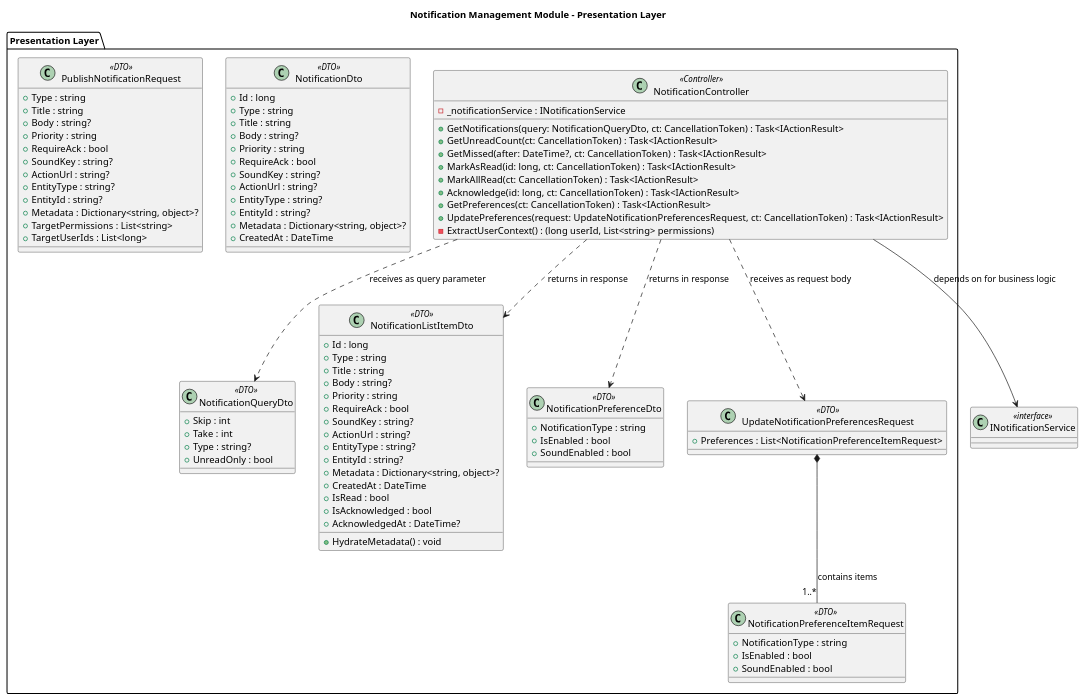
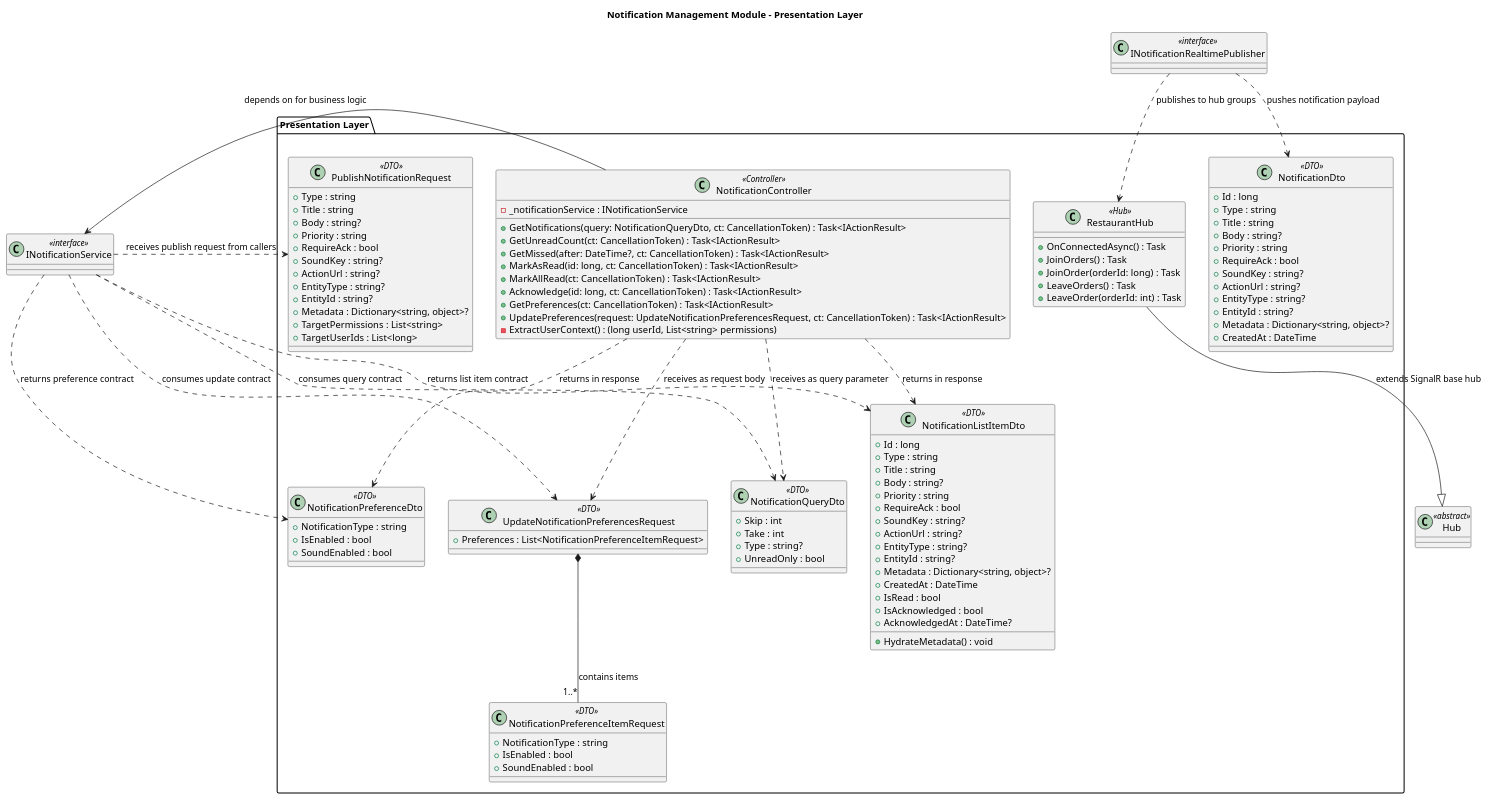
One commit to aulacvietnameseeatery-source/aulac_be changed the diagram in Docs/Software Design Specification/Notification Management/class-diagram-presentation-layer.puml. Above: the diagram before and after it, drawn with PlantUML. The commit also changed 9 other files, not shown here.

```diff
--- a/Docs/Software Design Specification/Notification Management/class-diagram-presentation-layer.puml
+++ b/Docs/Software Design Specification/Notification Management/class-diagram-presentation-layer.puml
@@ -1,102 +1,120 @@
 @startuml
 title Notification Management Module - Presentation Layer
 
 package "Presentation Layer" {
 
     class NotificationController <<Controller>> {
         -_notificationService : INotificationService
         +GetNotifications(query: NotificationQueryDto, ct: CancellationToken) : Task<IActionResult>
         +GetUnreadCount(ct: CancellationToken) : Task<IActionResult>
         +GetMissed(after: DateTime?, ct: CancellationToken) : Task<IActionResult>
         +MarkAsRead(id: long, ct: CancellationToken) : Task<IActionResult>
         +MarkAllRead(ct: CancellationToken) : Task<IActionResult>
         +Acknowledge(id: long, ct: CancellationToken) : Task<IActionResult>
         +GetPreferences(ct: CancellationToken) : Task<IActionResult>
         +UpdatePreferences(request: UpdateNotificationPreferencesRequest, ct: CancellationToken) : Task<IActionResult>
         -ExtractUserContext() : (long userId, List<string> permissions)
+    }
+
+    class RestaurantHub <<Hub>> {
+        +OnConnectedAsync() : Task
+        +JoinOrders() : Task
+        +JoinOrder(orderId: long) : Task
+        +LeaveOrders() : Task
+        +LeaveOrder(orderId: int) : Task
     }
 
     class NotificationQueryDto <<DTO>> {
         +Skip : int
         +Take : int
         +Type : string?
         +UnreadOnly : bool
     }
 
     class NotificationListItemDto <<DTO>> {
         +Id : long
         +Type : string
         +Title : string
         +Body : string?
         +Priority : string
         +RequireAck : bool
         +SoundKey : string?
         +ActionUrl : string?
         +EntityType : string?
         +EntityId : string?
         +Metadata : Dictionary<string, object>?
         +CreatedAt : DateTime
         +IsRead : bool
         +IsAcknowledged : bool
         +AcknowledgedAt : DateTime?
         +HydrateMetadata() : void
     }
 
     class NotificationDto <<DTO>> {
         +Id : long
         +Type : string
         +Title : string
         +Body : string?
         +Priority : string
         +RequireAck : bool
         +SoundKey : string?
         +ActionUrl : string?
         +EntityType : string?
         +EntityId : string?
         +Metadata : Dictionary<string, object>?
         +CreatedAt : DateTime
     }
 
     class PublishNotificationRequest <<DTO>> {
         +Type : string
         +Title : string
         +Body : string?
         +Priority : string
         +RequireAck : bool
         +SoundKey : string?
         +ActionUrl : string?
         +EntityType : string?
         +EntityId : string?
         +Metadata : Dictionary<string, object>?
         +TargetPermissions : List<string>
         +TargetUserIds : List<long>
     }
 
     class NotificationPreferenceDto <<DTO>> {
         +NotificationType : string
         +IsEnabled : bool
         +SoundEnabled : bool
     }
 
     class UpdateNotificationPreferencesRequest <<DTO>> {
         +Preferences : List<NotificationPreferenceItemRequest>
     }
 
     class NotificationPreferenceItemRequest <<DTO>> {
         +NotificationType : string
         +IsEnabled : bool
         +SoundEnabled : bool
     }
 }
 
 ' External stub
 class INotificationService <<interface>>
+class INotificationRealtimePublisher <<interface>>
+class Hub <<abstract>>
 
 NotificationController --> INotificationService : depends on for business logic
+RestaurantHub --|> Hub : extends SignalR base hub
+INotificationRealtimePublisher ..> RestaurantHub : publishes to hub groups
+INotificationRealtimePublisher ..> NotificationDto : pushes notification payload
 NotificationController ..> NotificationQueryDto : receives as query parameter
 NotificationController ..> NotificationListItemDto : returns in response
 NotificationController ..> NotificationPreferenceDto : returns in response
 NotificationController ..> UpdateNotificationPreferencesRequest : receives as request body
 UpdateNotificationPreferencesRequest *-- "1..*" NotificationPreferenceItemRequest : contains items
+INotificationService ..> PublishNotificationRequest : receives publish request from callers
+INotificationService ..> NotificationQueryDto : consumes query contract
+INotificationService ..> NotificationListItemDto : returns list item contract
+INotificationService ..> NotificationPreferenceDto : returns preference contract
+INotificationService ..> UpdateNotificationPreferencesRequest : consumes update contract
 
 @enduml
```
